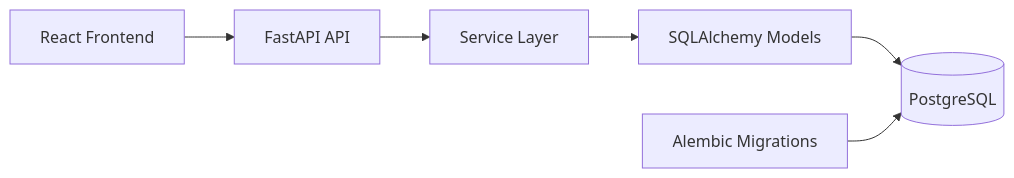
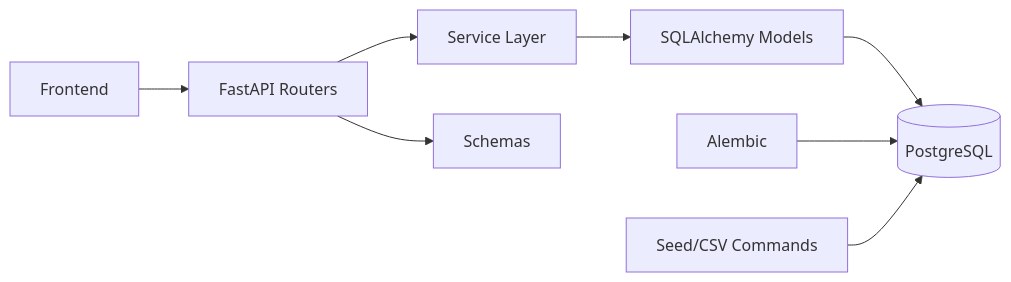
The first of 5 diagrams in README.md (Asoatram/TeknologiGlobalAssesment), drawn with Mermaid before and after one commit. The commit also changed other lines of this file, not shown here.

````diff
--- a/README.md
+++ b/README.md
@@ -25,8 +7,10 @@
 ```mermaid
 flowchart LR
-    FE[React Frontend] --> API[FastAPI API]
+    UI[Frontend] --> API[FastAPI Routers]
     API --> SVC[Service Layer]
     SVC --> ORM[SQLAlchemy Models]
     ORM --> DB[(PostgreSQL)]
-    MIG[Alembic Migrations] --> DB
+    API --> DTO[Schemas]
+    MIG[Alembic] --> DB
+    CMD[Seed/CSV Commands] --> DB
 ```
````
